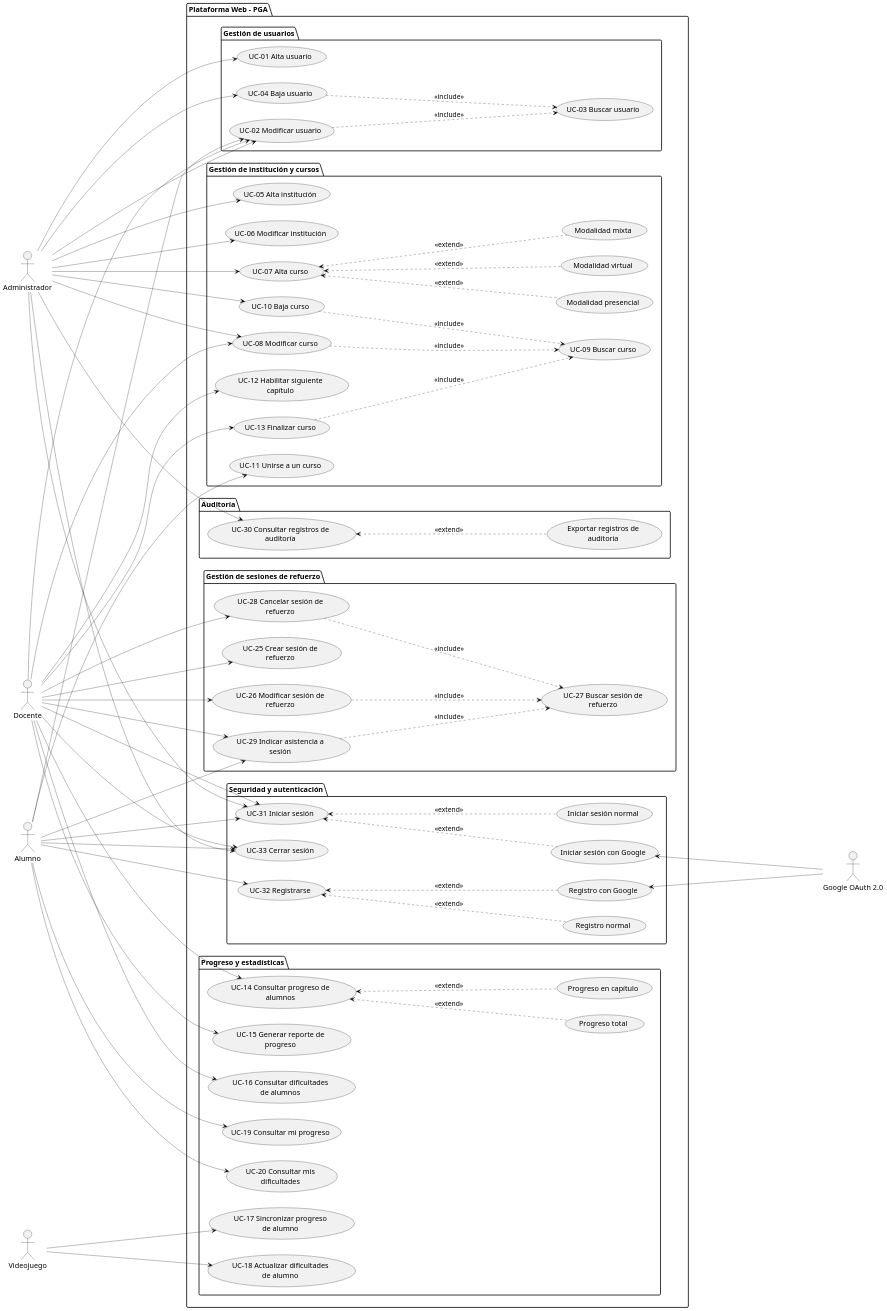
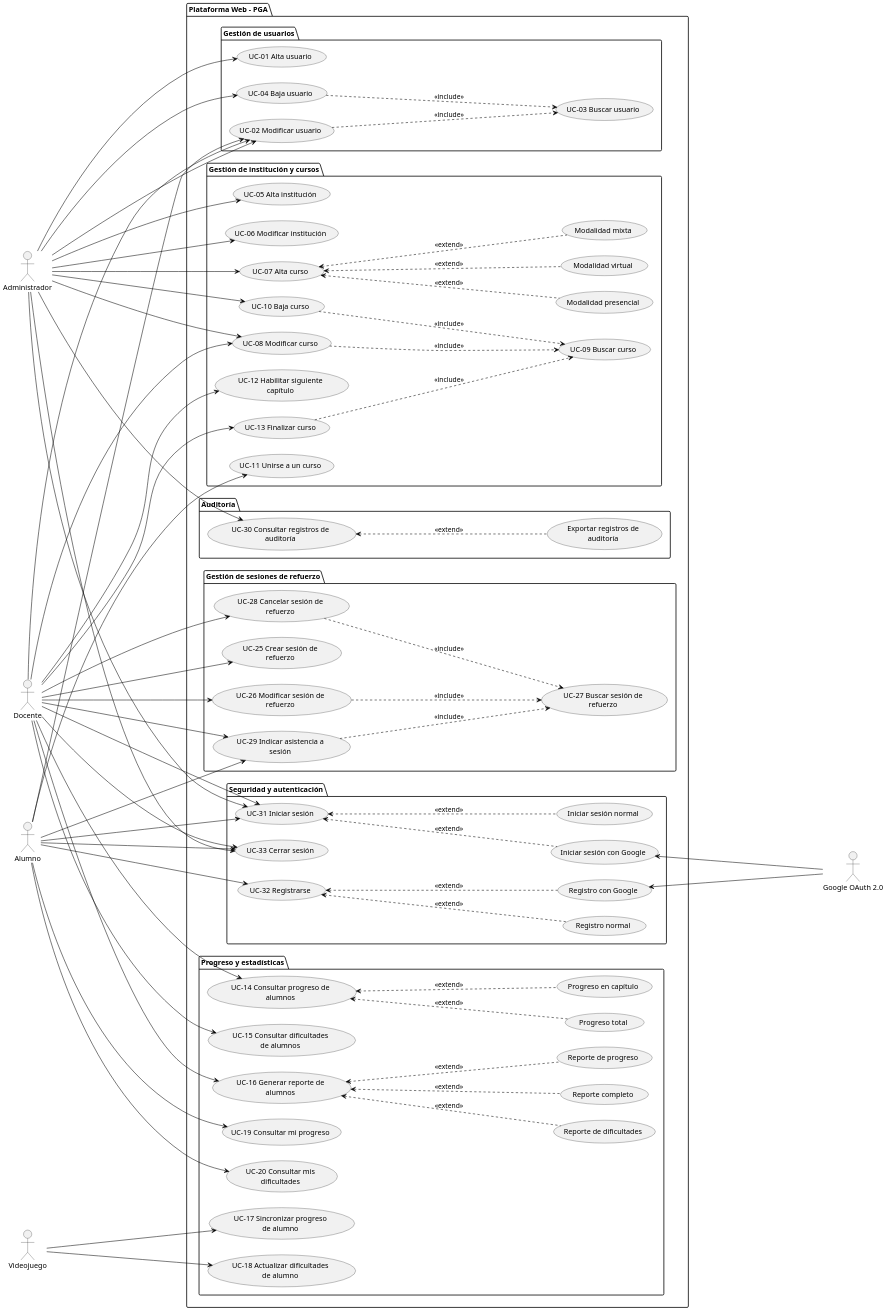
One commit to francoalbornoz2002/ASC-ProyectoAlgoritmia-TrabajoFinal changed the diagram in docs/requisitos/casos-de-uso/diagrama-casos-de-uso/dcu-expandido.puml. Above: the diagram before and after it, drawn with PlantUML. The commit also changed 5 other files, not shown here.

```diff
--- a/docs/requisitos/casos-de-uso/diagrama-casos-de-uso/dcu-expandido.puml
+++ b/docs/requisitos/casos-de-uso/diagrama-casos-de-uso/dcu-expandido.puml
@@ -1,153 +1,159 @@
 @startuml DCU_Expandido
 left to right direction
 
 skinparam dpi 150
 skinparam usecasePadding 25
 skinparam actorPadding 100
 skinparam packagePadding 20
 skinparam wrapWidth 200
 
 skinparam nodesep 30
 skinparam ranksep 300
 
-skinparam ArrowThickness 0.5
+skinparam ArrowThickness 1
 skinparam ArrowColor Black
 
 
 actor Administrador
 actor Docente
 actor Alumno
 actor "Google OAuth 2.0" as GoogleOAuth2
 actor Videojuego
 
 package "Plataforma Web - PGA"{
   'Subsistemas'
   package "Gestión de usuarios" {
     usecase "UC-01 Alta usuario" as UC01
     usecase "UC-02 Modificar usuario" as UC02
     usecase "UC-03 Buscar usuario" as UC03
     usecase "UC-04 Baja usuario" as UC04
 
     'Relaciones'
     Administrador --> UC01
     Administrador --> UC02
     Alumno --> UC02
     Docente --> UC02
     UC02 ..> UC03 : <<include>>
     Administrador --> UC04
     UC04 ..> UC03 : <<include>>
   }
 
   package "Gestión de institución y cursos" {
     usecase "UC-05 Alta institución" as UC05
     usecase "UC-06 Modificar institución" as UC06
     usecase "UC-07 Alta curso" as UC07
     usecase "Modalidad presencial" as UC07A
     usecase "Modalidad virtual" as UC07B
     usecase "Modalidad mixta" as UC07C
     usecase "UC-08 Modificar curso" as UC08
     usecase "UC-09 Buscar curso" as UC09
     usecase "UC-10 Baja curso" as UC10
     usecase "UC-11 Unirse a un curso" as UC11
     usecase "UC-12 Habilitar siguiente capítulo" as UC12
     usecase "UC-13 Finalizar curso" as UC13
 
     'Relaciones'
     'AM Institución
     Administrador --> UC05
     Administrador --> UC06
     'ABM Cursos
     Administrador --> UC07
     UC07 <.. UC07A : <<extend>>
     UC07 <.. UC07B : <<extend>>
     UC07 <.. UC07C : <<extend>>
     Administrador --> UC08
     Docente --> UC08
     Administrador --> UC10
     UC08 ..> UC09 : <<include>>
     UC10 ..> UC09 : <<include>>
     'Unirse a curso
     Alumno --> UC11
     'Habilitar capítulo
     Docente --> UC12
     Docente --> UC13
     UC13 ..> UC09 : <<include>>
   }
 
   package "Progreso y estadísticas" {
     usecase "UC-14 Consultar progreso de alumnos" as UC14
     usecase "Progreso total" as UC14A
     usecase "Progreso en capítulo" as UC14B
-    usecase "UC-15 Generar reporte de progreso" as UC15
-    usecase "UC-16 Consultar dificultades de alumnos" as UC16
+    usecase "UC-15 Consultar dificultades de alumnos" as UC15
+    usecase "UC-16 Generar reporte de alumnos" as UC16
+    usecase "Reporte de progreso" as UC16A
+    usecase "Reporte de dificultades" as UC16B
+    usecase "Reporte completo" as UC16C
     usecase "UC-17 Sincronizar progreso de alumno" as UC17
     usecase "UC-18 Actualizar dificultades de alumno" as UC18
     usecase "UC-19 Consultar mi progreso" as UC19
     usecase "UC-20 Consultar mis dificultades" as UC20
 
     'Relaciones'
     Docente --> UC14
     UC14 <.. UC14A : <<extend>>
     UC14 <.. UC14B : <<extend>>
     Docente --> UC15
     Docente --> UC16
+    UC16 <.. UC16A : <<extend>>
+    UC16 <.. UC16B : <<extend>>
+    UC16 <.. UC16C : <<extend>>
     Videojuego --> UC17
     Videojuego --> UC18
     Alumno --> UC19
     Alumno --> UC20
   }
 
   package "Gestión de sesiones de refuerzo" {
     usecase "UC-25 Crear sesión de refuerzo" as UC25
     usecase "UC-26 Modificar sesión de refuerzo" as UC26
     usecase "UC-27 Buscar sesión de refuerzo" as UC27
     usecase "UC-28 Cancelar sesión de refuerzo" as UC28
     usecase "UC-29 Indicar asistencia a sesión" as UC29
 
     'Relaciones'
     Docente --> UC25
     Docente --> UC26
     Docente --> UC28
     UC26 ..> UC27 : <<include>>
     UC28 ..> UC27 : <<include>>
     Docente --> UC29
     Alumno --> UC29
     UC29 ..> UC27 : <<include>>
   }
 
   package "Auditoría" {
     usecase "UC-30 Consultar registros de auditoría" as UC30
     usecase "Exportar registros de auditoría" as UC30A
 
     'Relaciones'
     Administrador --> UC30
     UC30 <.. UC30A : <<extend>>
   }
 
   package "Seguridad y autenticación" {
     usecase "UC-31 Iniciar sesión" as UC31
     usecase "Iniciar sesión normal" as UC31A
     usecase "Iniciar sesión con Google" as UC31B
     usecase "UC-32 Registrarse" as UC32
     usecase "Registro normal" as UC32A
     usecase "Registro con Google" as UC32B
     usecase "UC-33 Cerrar sesión" as UC33
 
     'Relaciones'
     Administrador --> UC31
     Administrador --> UC33
     Docente --> UC31
     Docente --> UC33
     Alumno --> UC31
     Alumno --> UC32
     Alumno --> UC33
     UC31 <.. UC31A : <<extend>>
     UC31 <.. UC31B : <<extend>>
     UC32 <.. UC32A : <<extend>>
     UC32 <.. UC32B : <<extend>>
     GoogleOAuth2 -up-> UC31B
     GoogleOAuth2 -up-> UC32B
   }
 
 }
 @enduml
```
